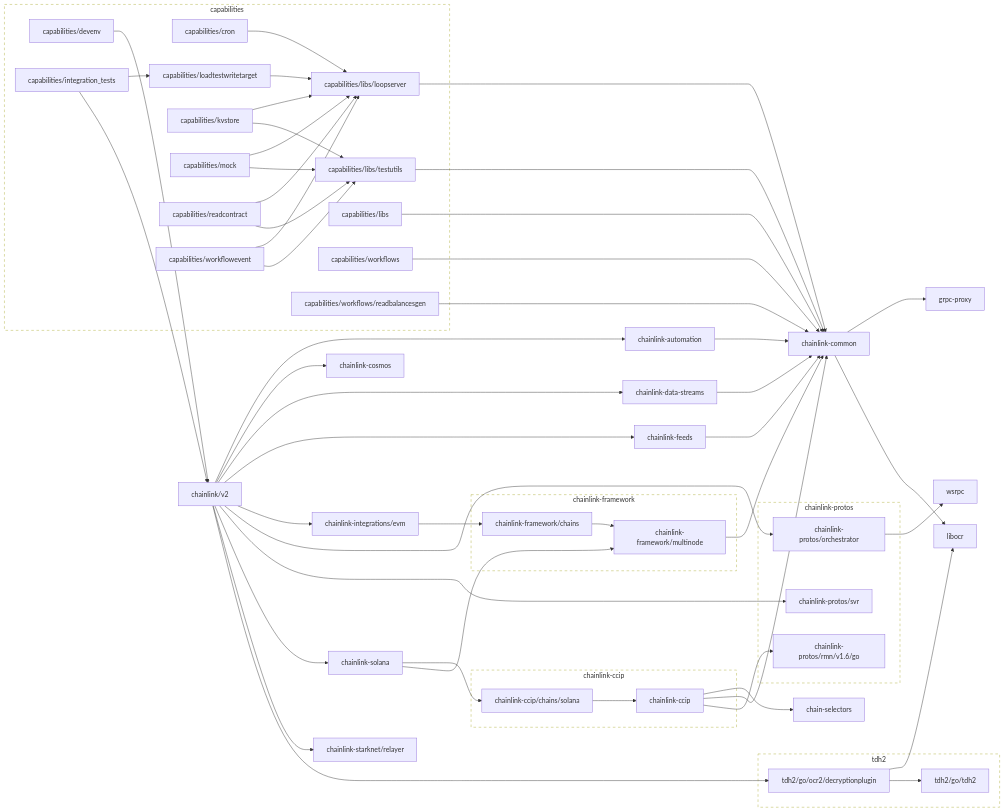
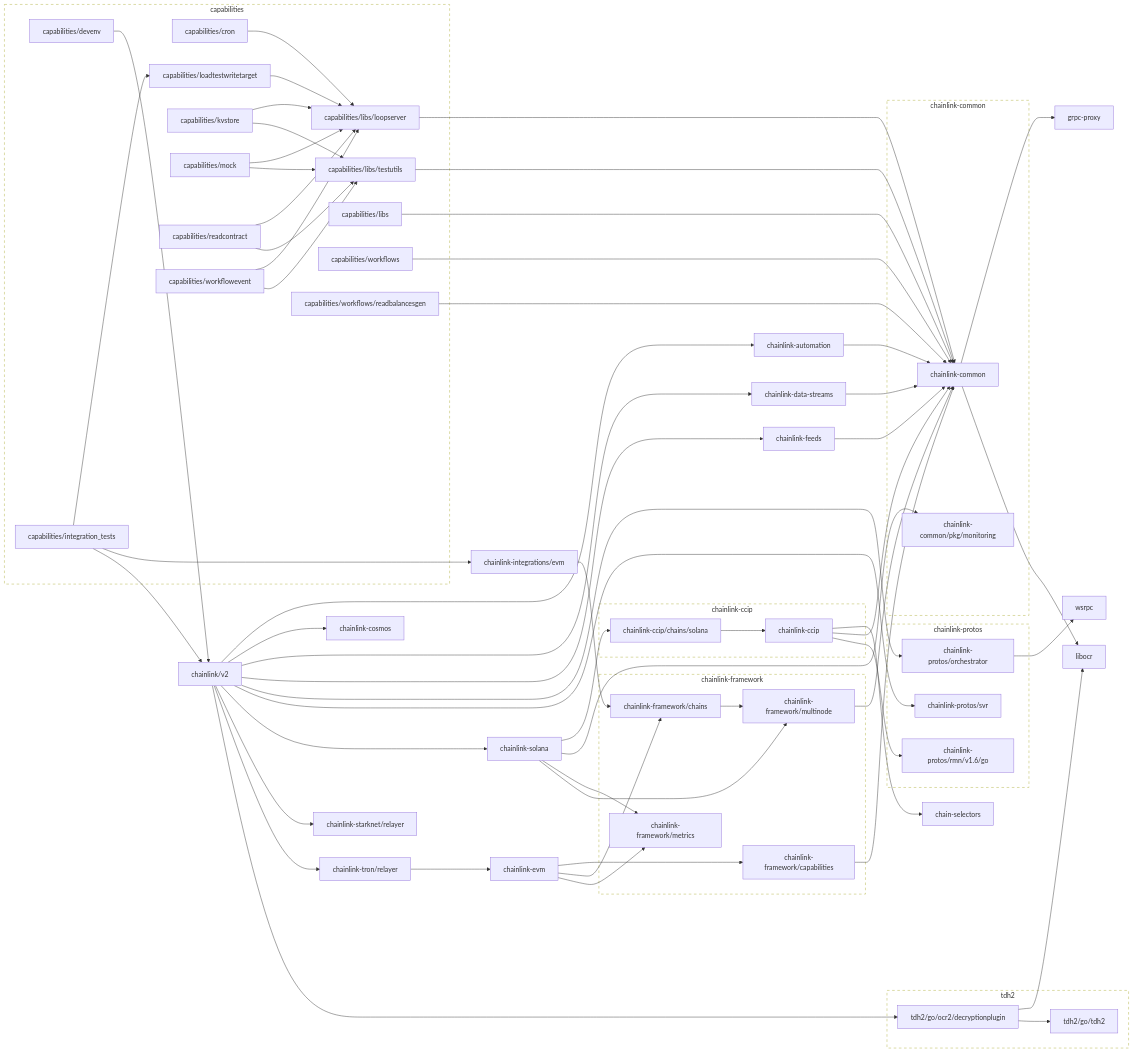
Before and after one commit to smartcontractkit/capabilities: the diagram in go.md, drawn with Mermaid. The commit also changed 11 other files, not shown here.

````diff
--- a/go.md
+++ b/go.md
@@ -7,6 +7,7 @@
 	capabilities/devenv --> chainlink/v2
 	click capabilities/devenv href "https://github.com/smartcontractkit/capabilities"
 	capabilities/integration_tests --> capabilities/loadtestwritetarget
+	capabilities/integration_tests --> chainlink-integrations/evm
 	capabilities/integration_tests --> chainlink/v2
 	click capabilities/integration_tests href "https://github.com/smartcontractkit/capabilities"
 	capabilities/kvstore --> capabilities/libs/loopserver
@@ -46,14 +47,24 @@
 	chainlink-common --> grpc-proxy
 	chainlink-common --> libocr
 	click chainlink-common href "https://github.com/smartcontractkit/chainlink-common"
+	chainlink-common/pkg/monitoring
+	click chainlink-common/pkg/monitoring href "https://github.com/smartcontractkit/chainlink-common"
 	chainlink-cosmos
 	click chainlink-cosmos href "https://github.com/smartcontractkit/chainlink-cosmos"
 	chainlink-data-streams --> chainlink-common
 	click chainlink-data-streams href "https://github.com/smartcontractkit/chainlink-data-streams"
+	chainlink-evm --> chainlink-framework/capabilities
+	chainlink-evm --> chainlink-framework/chains
+	chainlink-evm --> chainlink-framework/metrics
+	click chainlink-evm href "https://github.com/smartcontractkit/chainlink-evm"
 	chainlink-feeds --> chainlink-common
 	click chainlink-feeds href "https://github.com/smartcontractkit/chainlink-feeds"
+	chainlink-framework/capabilities --> chainlink-common
+	click chainlink-framework/capabilities href "https://github.com/smartcontractkit/chainlink-framework"
 	chainlink-framework/chains --> chainlink-framework/multinode
 	click chainlink-framework/chains href "https://github.com/smartcontractkit/chainlink-framework"
+	chainlink-framework/metrics
+	click chainlink-framework/metrics href "https://github.com/smartcontractkit/chainlink-framework"
 	chainlink-framework/multinode --> chainlink-common
 	click chainlink-framework/multinode href "https://github.com/smartcontractkit/chainlink-framework"
 	chainlink-integrations/evm --> chainlink-framework/chains
@@ -65,19 +76,23 @@
 	chainlink-protos/svr
 	click chainlink-protos/svr href "https://github.com/smartcontractkit/chainlink-protos"
 	chainlink-solana --> chainlink-ccip/chains/solana
+	chainlink-solana --> chainlink-common/pkg/monitoring
+	chainlink-solana --> chainlink-framework/metrics
 	chainlink-solana --> chainlink-framework/multinode
 	click chainlink-solana href "https://github.com/smartcontractkit/chainlink-solana"
 	chainlink-starknet/relayer
 	click chainlink-starknet/relayer href "https://github.com/smartcontractkit/chainlink-starknet"
+	chainlink-tron/relayer --> chainlink-evm
+	click chainlink-tron/relayer href "https://github.com/smartcontractkit/chainlink-tron"
 	chainlink/v2 --> chainlink-automation
 	chainlink/v2 --> chainlink-cosmos
 	chainlink/v2 --> chainlink-data-streams
 	chainlink/v2 --> chainlink-feeds
-	chainlink/v2 --> chainlink-integrations/evm
 	chainlink/v2 --> chainlink-protos/orchestrator
 	chainlink/v2 --> chainlink-protos/svr
 	chainlink/v2 --> chainlink-solana
 	chainlink/v2 --> chainlink-starknet/relayer
+	chainlink/v2 --> chainlink-tron/relayer
 	chainlink/v2 --> tdh2/go/ocr2/decryptionplugin
 	click chainlink/v2 href "https://github.com/smartcontractkit/chainlink"
 	grpc-proxy
@@ -115,8 +130,16 @@
 	end
 	click chainlink-ccip-repo href "https://github.com/smartcontractkit/chainlink-ccip"
 
+	subgraph chainlink-common-repo[chainlink-common]
+		 chainlink-common
+		 chainlink-common/pkg/monitoring
+	end
+	click chainlink-common-repo href "https://github.com/smartcontractkit/chainlink-common"
+
 	subgraph chainlink-framework-repo[chainlink-framework]
+		 chainlink-framework/capabilities
 		 chainlink-framework/chains
+		 chainlink-framework/metrics
 		 chainlink-framework/multinode
 	end
 	click chainlink-framework-repo href "https://github.com/smartcontractkit/chainlink-framework"
@@ -135,5 +158,5 @@
 	click tdh2-repo href "https://github.com/smartcontractkit/tdh2"
 
 	classDef outline stroke-dasharray:6,fill:none;
-	class capabilities-repo,chainlink-ccip-repo,chainlink-framework-repo,chainlink-protos-repo,tdh2-repo outline
+	class capabilities-repo,chainlink-ccip-repo,chainlink-common-repo,chainlink-framework-repo,chainlink-protos-repo,tdh2-repo outline
 ```
````
